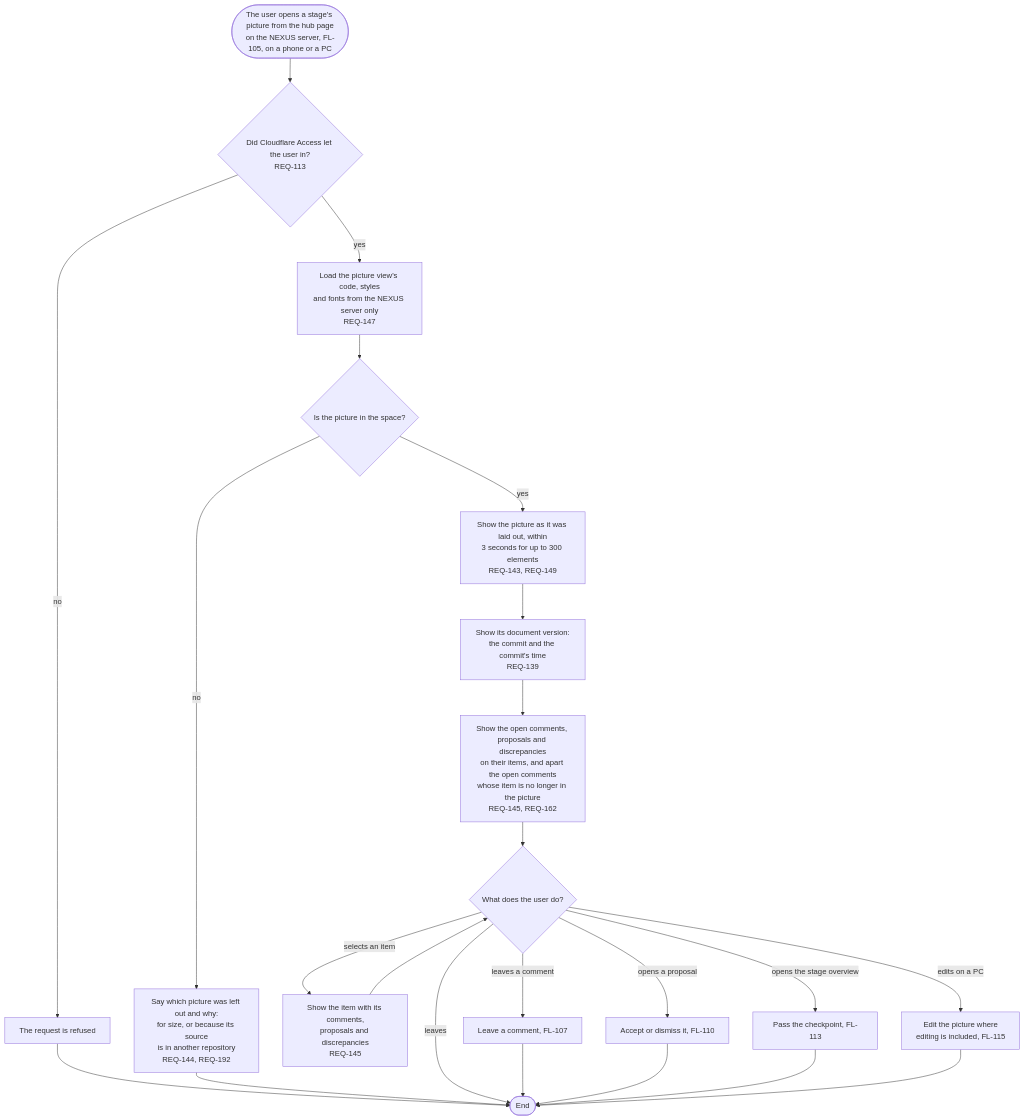
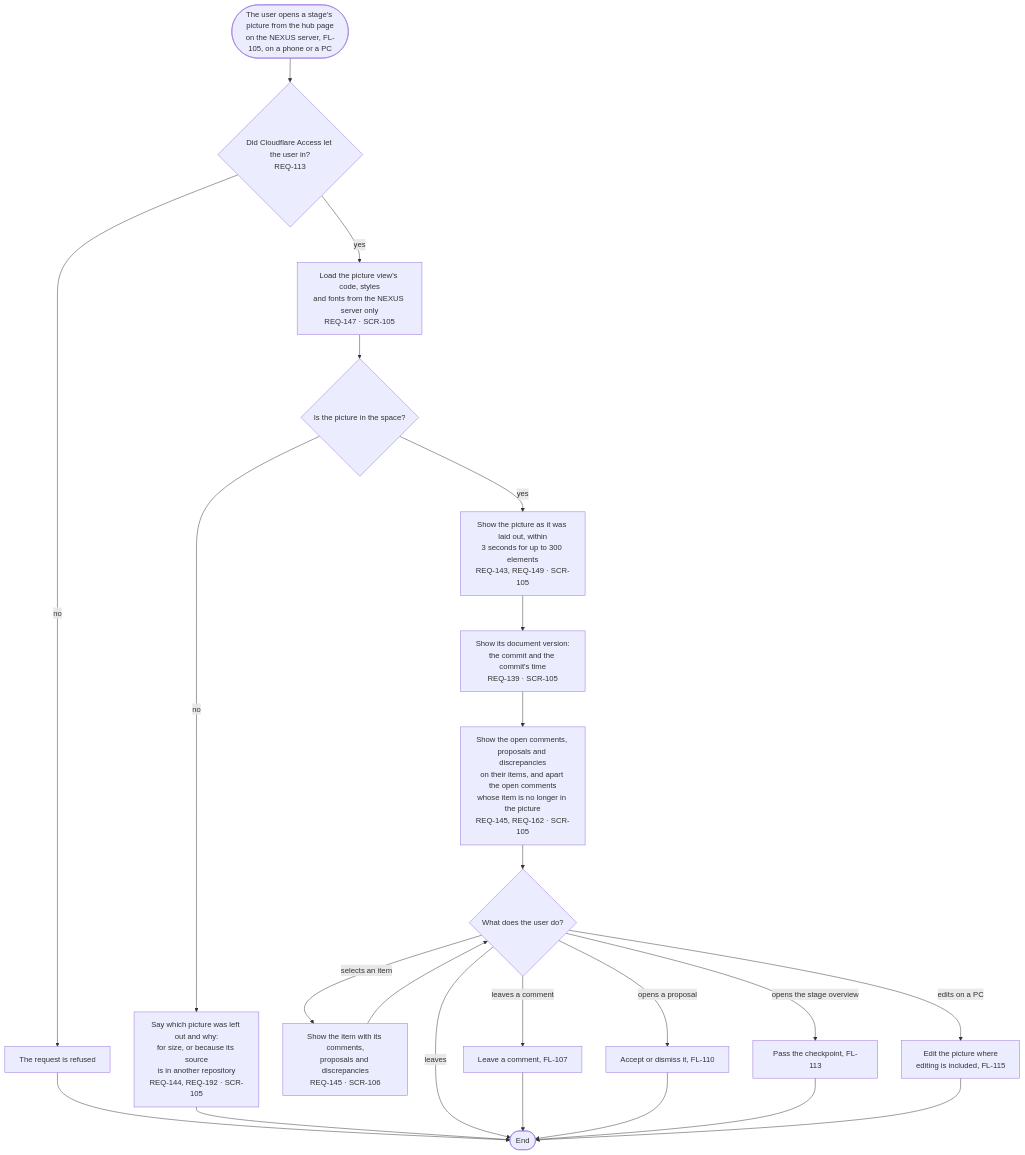
One commit to kodonghui/corthex-nexus changed the diagram in docs/03-user-flow/nexus/FL-106-look-at-a-picture.md. Above: the diagram before and after it, drawn with Mermaid. The commit also changed 19 other files, not shown here.

````diff
--- a/docs/03-user-flow/nexus/FL-106-look-at-a-picture.md
+++ b/docs/03-user-flow/nexus/FL-106-look-at-a-picture.md
@@ -9,25 +9,25 @@
 ```mermaid
 flowchart TD
   A(["The user opens a stage's picture from the hub page<br/>on the NEXUS server, FL-105, on a phone or a PC"]) --> B{"Did Cloudflare Access let the user in?<br/>REQ-113"}
   B -->|no| B1["The request is refused"]
   B1 --> Z(["End"])
-  B -->|yes| C["Load the picture view's code, styles<br/>and fonts from the NEXUS server only<br/>REQ-147"]
+  B -->|yes| C["Load the picture view's code, styles<br/>and fonts from the NEXUS server only<br/>REQ-147 · SCR-105"]
   C --> D{"Is the picture in the space?"}
-  D -->|no| D1["Say which picture was left out and why:<br/>for size, or because its source<br/>is in another repository<br/>REQ-144, REQ-192"]
+  D -->|no| D1["Say which picture was left out and why:<br/>for size, or because its source<br/>is in another repository<br/>REQ-144, REQ-192 · SCR-105"]
   D1 --> Z
-  D -->|yes| E["Show the picture as it was laid out, within<br/>3 seconds for up to 300 elements<br/>REQ-143, REQ-149"]
-  E --> F["Show its document version:<br/>the commit and the commit's time<br/>REQ-139"]
-  F --> G["Show the open comments, proposals and discrepancies<br/>on their items, and apart the open comments<br/>whose item is no longer in the picture<br/>REQ-145, REQ-162"]
+  D -->|yes| E["Show the picture as it was laid out, within<br/>3 seconds for up to 300 elements<br/>REQ-143, REQ-149 · SCR-105"]
+  E --> F["Show its document version:<br/>the commit and the commit's time<br/>REQ-139 · SCR-105"]
+  F --> G["Show the open comments, proposals and discrepancies<br/>on their items, and apart the open comments<br/>whose item is no longer in the picture<br/>REQ-145, REQ-162 · SCR-105"]
   G --> I{"What does the user do?"}
-  I -->|selects an item| J["Show the item with its comments,<br/>proposals and discrepancies<br/>REQ-145"]
+  I -->|selects an item| J["Show the item with its comments,<br/>proposals and discrepancies<br/>REQ-145 · SCR-106"]
   J --> I
   I -->|leaves a comment| K["Leave a comment, FL-107"]
   I -->|opens a proposal| L["Accept or dismiss it, FL-110"]
   I -->|opens the stage overview| M["Pass the checkpoint, FL-113"]
   I -->|edits on a PC| P["Edit the picture where<br/>editing is included, FL-115"]
   I -->|leaves| Z
   K --> Z
   L --> Z
   M --> Z
   P --> Z
 ```
````
